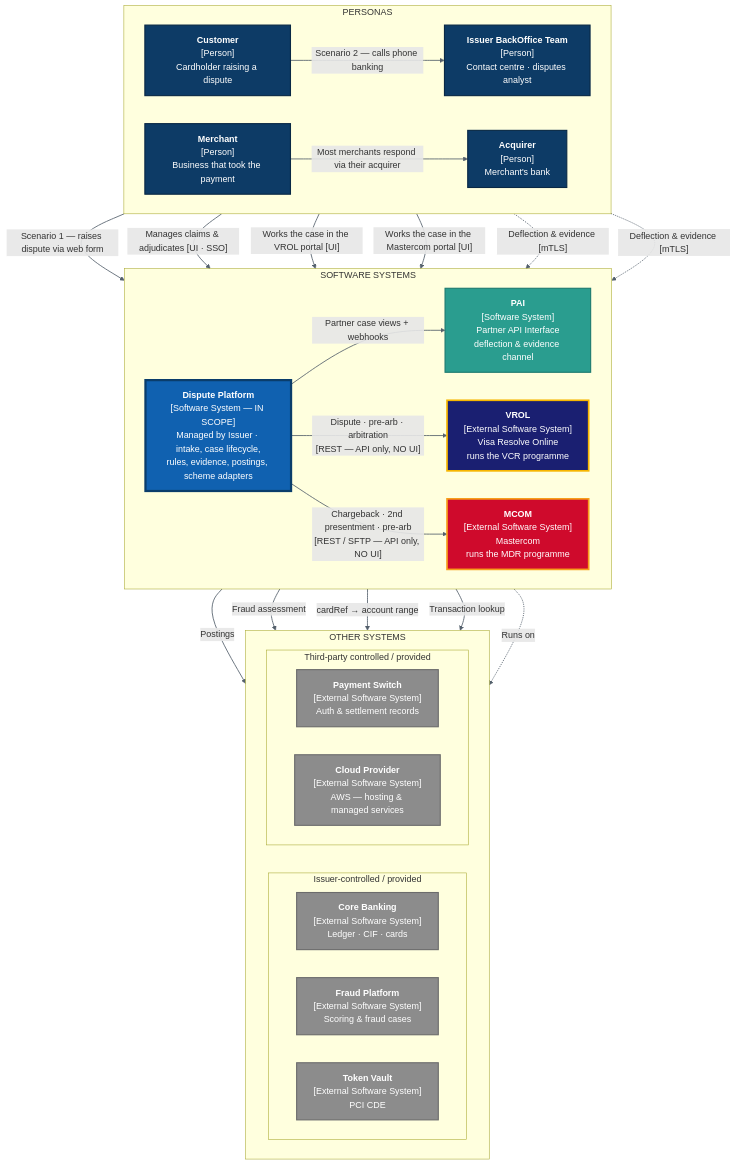
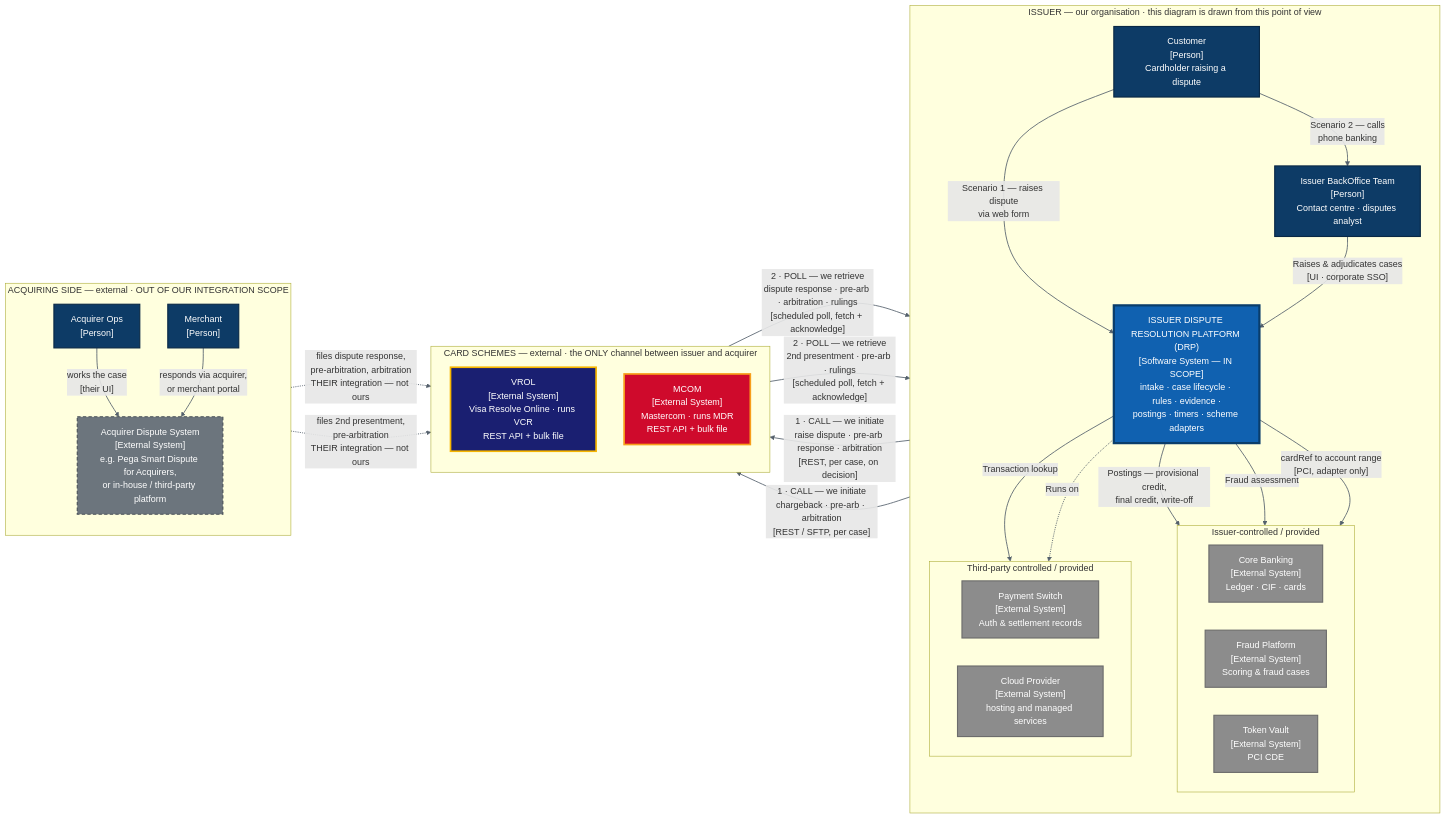
The eighth of 16 diagrams in docs/dispute-claims-resolution-architecture.md (bmageshvec/poc-claims-resolution), drawn with Mermaid before and after one commit. The commit also changed other lines of this file and 32 other files, not shown here.

````diff
--- a/docs/dispute-claims-resolution-architecture.md
+++ b/docs/dispute-claims-resolution-architecture.md
@@ -858,69 +964,69 @@
 ```mermaid
-flowchart TB
+flowchart LR
 
-    subgraph PERSONAS["PERSONAS"]
-        direction LR
-        CU["<b>Customer</b><br/>[Person]<br/>Cardholder raising a dispute"]
-        BO["<b>Issuer BackOffice Team</b><br/>[Person]<br/>Contact centre · disputes analyst"]
-        AC["<b>Acquirer</b><br/>[Person]<br/>Merchant's bank"]
-        ME["<b>Merchant</b><br/>[Person]<br/>Business that took the payment"]
-    end
-
-    subgraph SOFTWARE["SOFTWARE SYSTEMS"]
-        direction LR
-        PLAT["<b>Dispute Platform</b><br/>[Software System — IN SCOPE]<br/>Managed by Issuer · intake, case lifecycle,<br/>rules, evidence, postings, scheme adapters"]
-        PAI["<b>PAI</b><br/>[Software System]<br/>Partner API Interface<br/>deflection &amp; evidence channel"]
-        VROL["<b>VROL</b><br/>[External Software System]<br/>Visa Resolve Online<br/>runs the VCR programme"]
-        MCOM["<b>MCOM</b><br/>[External Software System]<br/>Mastercom<br/>runs the MDR programme"]
-    end
-
-    subgraph OTHER["OTHER SYSTEMS"]
-        direction LR
+    subgraph ISSUER["ISSUER — our organisation · this diagram is drawn from this point of view"]
+        direction TB
+        CU["Customer<br/>[Person]<br/>Cardholder raising a dispute"]
+        BO["Issuer BackOffice Team<br/>[Person]<br/>Contact centre · disputes analyst"]
+        DRP["ISSUER DISPUTE RESOLUTION PLATFORM (DRP)<br/>[Software System — IN SCOPE]<br/>intake · case lifecycle · rules · evidence ·<br/>postings · timers · scheme adapters"]
         subgraph ISSOWN["Issuer-controlled / provided"]
             direction LR
-            CBK["<b>Core Banking</b><br/>[External Software System]<br/>Ledger · CIF · cards"]
-            FRD["<b>Fraud Platform</b><br/>[External Software System]<br/>Scoring &amp; fraud cases"]
-            TV["<b>Token Vault</b><br/>[External Software System]<br/>PCI CDE"]
+            CBK["Core Banking<br/>[External System]<br/>Ledger · CIF · cards"]
+            FRD["Fraud Platform<br/>[External System]<br/>Scoring &amp; fraud cases"]
+            TV["Token Vault<br/>[External System]<br/>PCI CDE"]
         end
         subgraph THIRD["Third-party controlled / provided"]
             direction LR
-            SW["<b>Payment Switch</b><br/>[External Software System]<br/>Auth &amp; settlement records"]
-            CLD["<b>Cloud Provider</b><br/>[External Software System]<br/>AWS — hosting &amp; managed services"]
+            SW["Payment Switch<br/>[External System]<br/>Auth &amp; settlement records"]
+            CLD["Cloud Provider<br/>[External System]<br/>hosting and managed services"]
         end
     end
 
-    CU -->|"Scenario 1 — raises dispute via web form"| PLAT
-    CU -->|"Scenario 2 — calls phone banking"| BO
-    BO -->|"Manages claims &amp; adjudicates [UI · SSO]"| PLAT
+    subgraph SCHEMES["CARD SCHEMES — external · the ONLY channel between issuer and acquirer"]
+        direction TB
+        VROL["VROL<br/>[External System]<br/>Visa Resolve Online · runs VCR<br/>REST API + bulk file"]
+        MCOM["MCOM<br/>[External System]<br/>Mastercom · runs MDR<br/>REST API + bulk file"]
+    end
 
-    AC -->|"Works the case in the VROL portal [UI]"| VROL
-    AC -->|"Works the case in the Mastercom portal [UI]"| MCOM
-    ME -->|"Most merchants respond via their acquirer"| AC
-    AC -.->|"Deflection &amp; evidence [mTLS]"| PAI
-    ME -.->|"Deflection &amp; evidence [mTLS]"| PAI
+    subgraph ACQSIDE["ACQUIRING SIDE — external · OUT OF OUR INTEGRATION SCOPE"]
+        direction TB
+        ADS["Acquirer Dispute System<br/>[External System]<br/>e.g. Pega Smart Dispute for Acquirers,<br/>or in-house / third-party platform"]
+        ACQ["Acquirer Ops<br/>[Person]"]
+        MER["Merchant<br/>[Person]"]
+    end
 
-    PLAT -->|"Partner case views + webhooks"| PAI
-    PLAT ==>|"Dispute · pre-arb · arbitration<br/>[REST — API only, NO UI]"| VROL
-    PLAT ==>|"Chargeback · 2nd presentment · pre-arb<br/>[REST / SFTP — API only, NO UI]"| MCOM
+    CU -->|"Scenario 1 — raises dispute<br/>via web form"| DRP
+    CU -->|"Scenario 2 — calls<br/>phone banking"| BO
+    BO -->|"Raises &amp; adjudicates cases<br/>[UI · corporate SSO]"| DRP
 
-    PLAT ==>|"Postings"| CBK
-    PLAT ==>|"Fraud assessment"| FRD
-    PLAT ==>|"cardRef → account range"| TV
-    PLAT ==>|"Transaction lookup"| SW
-    PLAT -.->|"Runs on"| CLD
+    DRP ==>|"1 · CALL — we initiate<br/>raise dispute · pre-arb response · arbitration<br/>[REST, per case, on decision]"| VROL
+    VROL ==>|"2 · POLL — we retrieve<br/>dispute response · pre-arb · arbitration · rulings<br/>[scheduled poll, fetch + acknowledge]"| DRP
+    DRP ==>|"1 · CALL — we initiate<br/>chargeback · pre-arb · arbitration<br/>[REST / SFTP, per case]"| MCOM
+    MCOM ==>|"2 · POLL — we retrieve<br/>2nd presentment · pre-arb · rulings<br/>[scheduled poll, fetch + acknowledge]"| DRP
+
+    ADS -.->|"files dispute response,<br/>pre-arbitration, arbitration<br/>THEIR integration — not ours"| VROL
+    ADS -.->|"files 2nd presentment,<br/>pre-arbitration<br/>THEIR integration — not ours"| MCOM
+    ACQ -->|"works the case<br/>[their UI]"| ADS
+    MER -->|"responds via acquirer,<br/>or merchant portal"| ADS
+
+    DRP ==>|"Postings — provisional credit,<br/>final credit, write-off"| CBK
+    DRP ==>|"Fraud assessment"| FRD
+    DRP ==>|"cardRef to account range<br/>[PCI, adapter only]"| TV
+    DRP ==>|"Transaction lookup"| SW
+    DRP -.->|"Runs on"| CLD
 
     classDef person  fill:#0D3B66,color:#FFFFFF,stroke:#092845,stroke-width:2px
     classDef inScope fill:#1061B0,color:#FFFFFF,stroke:#0A3D6B,stroke-width:4px
-    classDef ours    fill:#2A9D8F,color:#FFFFFF,stroke:#1D7A6F,stroke-width:2px
     classDef visa    fill:#1A1F71,color:#FFFFFF,stroke:#F7B600,stroke-width:3px
     classDef mcard   fill:#CF0A2C,color:#FFFFFF,stroke:#F79E1B,stroke-width:3px
     classDef ext     fill:#8C8C8C,color:#FFFFFF,stroke:#6C6C6C,stroke-width:2px
-    class CU,BO,AC,ME person
-    class PLAT inScope
-    class PAI ours
+    classDef acq     fill:#6C757D,color:#FFFFFF,stroke:#495057,stroke-width:2px,stroke-dasharray:6 4
+    class CU,BO,ACQ,MER person
+    class DRP inScope
     class VROL visa
     class MCOM mcard
     class CBK,FRD,TV,SW,CLD ext
+    class ADS acq
 
     linkStyle default stroke:#54606C,stroke-width:1.5px
 ```
````
